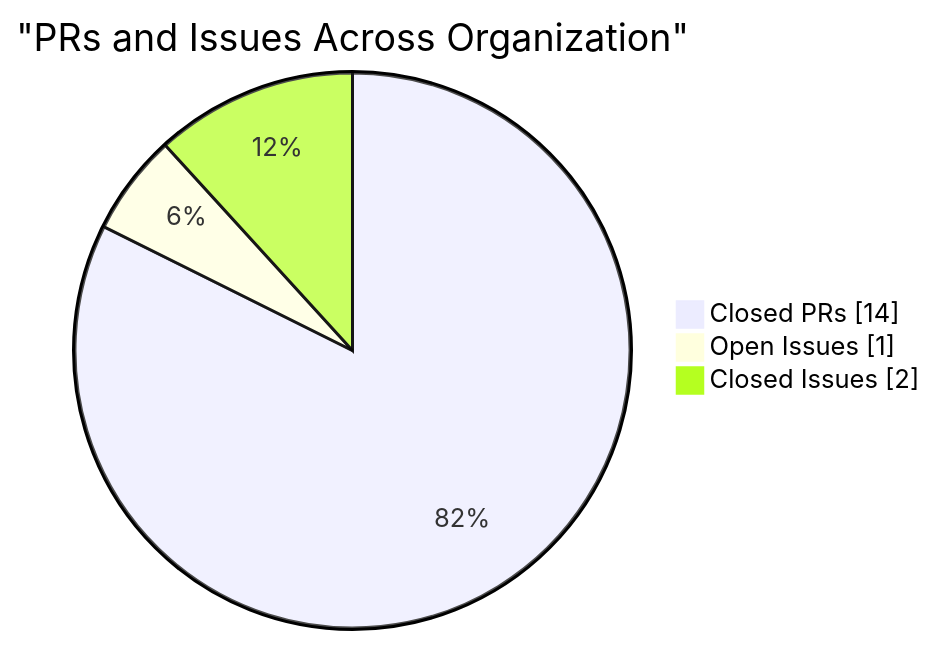
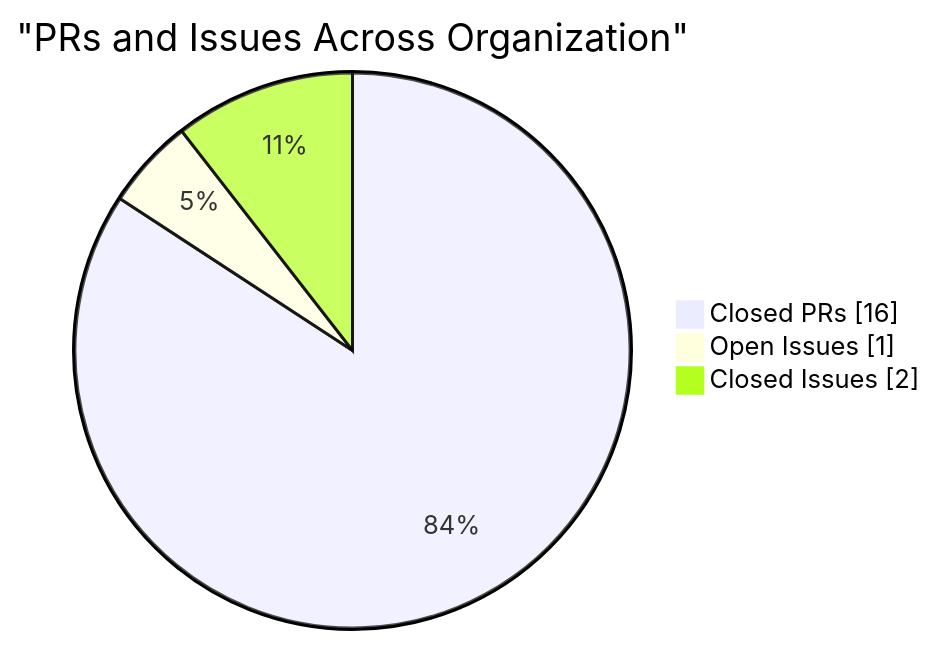
One commit to CSTH-Projects/.github changed the fourth of 4 diagrams in profile/README.md. Above: the diagram before and after it, drawn with Mermaid. The commit also changed other lines of this file, not shown here.

````diff
--- a/profile/README.md
+++ b/profile/README.md
@@ -97,7 +97,7 @@
 ```mermaid
 pie showData
     title "PRs and Issues Across Organization"
-    "Closed PRs" : 14
+    "Closed PRs" : 16
     "Open Issues" : 1
     "Closed Issues" : 2
 ```
````
